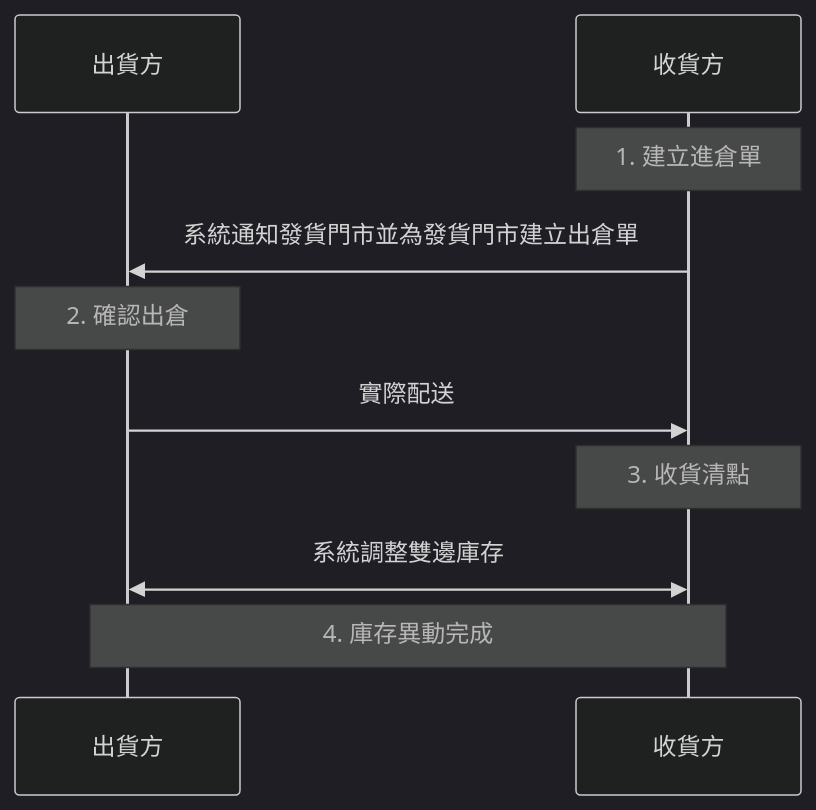
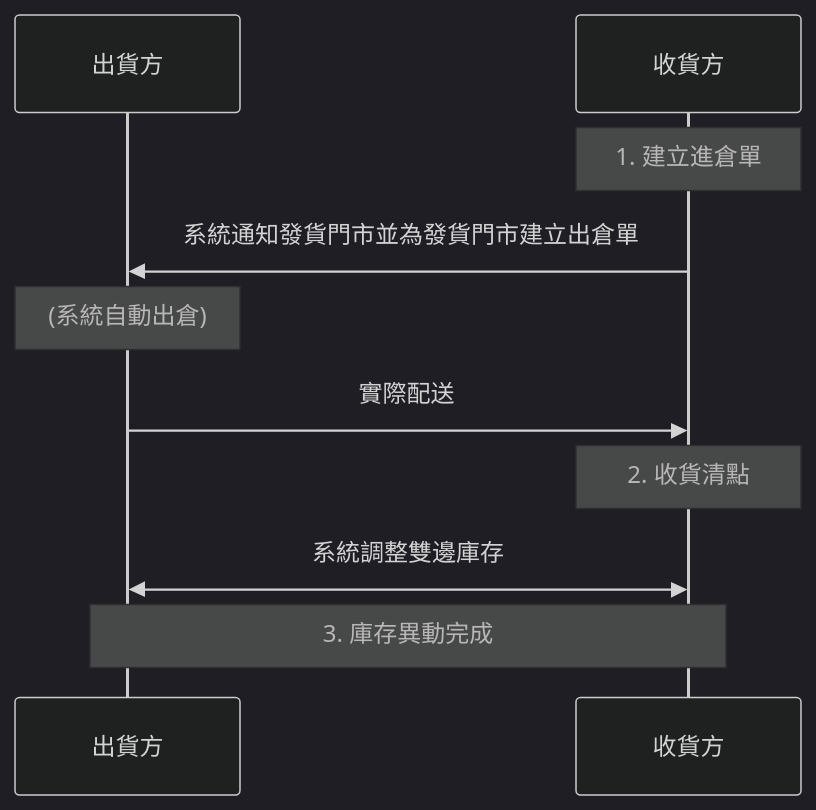
The diagram in docs/pos/inventory/進倉完整流程.md (sinleadpro/zensical-zh-tw), drawn with Mermaid (dark theme) before and after one commit. The commit also changed other lines of this file and 183 other files, not shown here.

````diff
--- a/docs/pos/inventory/進倉完整流程.md
+++ b/docs/pos/inventory/進倉完整流程.md
@@ -58,13 +58,13 @@
 ```mermaid
 sequenceDiagram
 
 participant 出貨方
 participant 收貨方
 Note over 收貨方: 1. 建立進倉單
 收貨方->>出貨方: 系統通知發貨門市並為發貨門市建立出倉單
-Note over 出貨方: 2. 確認出倉
+Note over 出貨方: (系統自動出倉)
 出貨方->>收貨方: 實際配送
-Note over 收貨方: 3. 收貨清點
+Note over 收貨方: 2. 收貨清點
 收貨方 <<->>出貨方: 系統調整雙邊庫存
-Note over 出貨方,收貨方: 4. 庫存異動完成
+Note over 出貨方,收貨方: 3. 庫存異動完成
 ```
````
